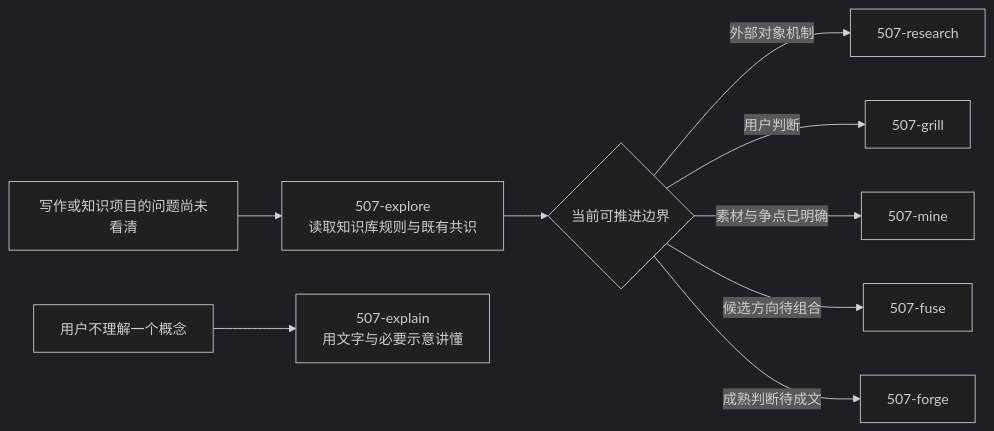
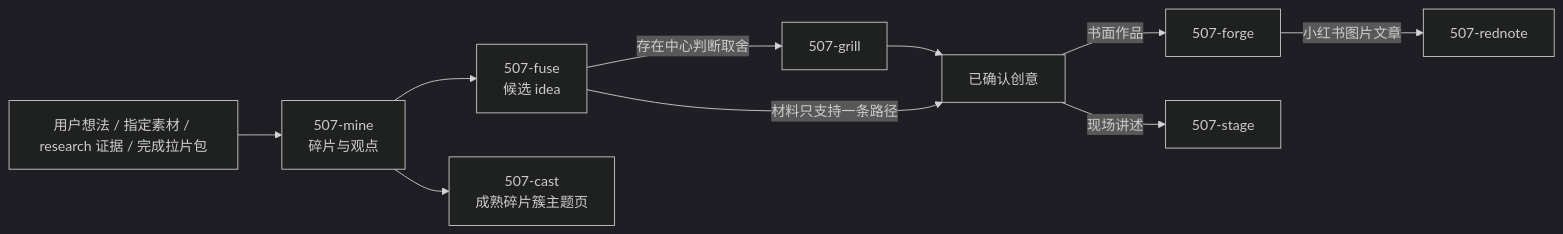
Before and after one commit to ssdiwu/507-skills: the first of 3 diagrams in write/README.md, drawn with Mermaid (dark theme). The commit also changed other lines of this file and 29 other files, not shown here.

````diff
--- a/write/README.md
+++ b/write/README.md
@@ -9,11 +11,12 @@
 ```mermaid
 flowchart LR
-    unknown["写作或知识项目的问题尚未看清"] --> explore["507-explore<br/>读取知识库规则与既有共识"]
-    concept["用户不理解一个概念"] --> explain["507-explain<br/>用文字与必要示意讲懂"]
-    explore --> route{"当前可推进边界"}
-    route -->|"外部对象机制"| research["507-research"]
-    route -->|"用户判断"| grill["507-grill"]
-    route -->|"素材与争点已明确"| mine["507-mine"]
-    route -->|"候选方向待组合"| fuse["507-fuse"]
-    route -->|"成熟判断待成文"| forge["507-forge"]
+    source["用户想法 / 指定素材 / research 证据 / 完成拉片包"] --> mine["507-mine<br/>碎片与观点"]
+    mine --> fuse["507-fuse<br/>候选 idea"]
+    mine --> cast["507-cast<br/>成熟碎片簇主题页"]
+    fuse -->|"存在中心判断取舍"| grill["507-grill"]
+    grill --> selected["已确认创意"]
+    fuse -->|"材料只支持一条路径"| selected
+    selected -->|"书面作品"| forge["507-forge"]
+    selected -->|"现场讲述"| stage["507-stage"]
+    forge -->|"小红书图片文章"| rednote["507-rednote"]
 ```
````
